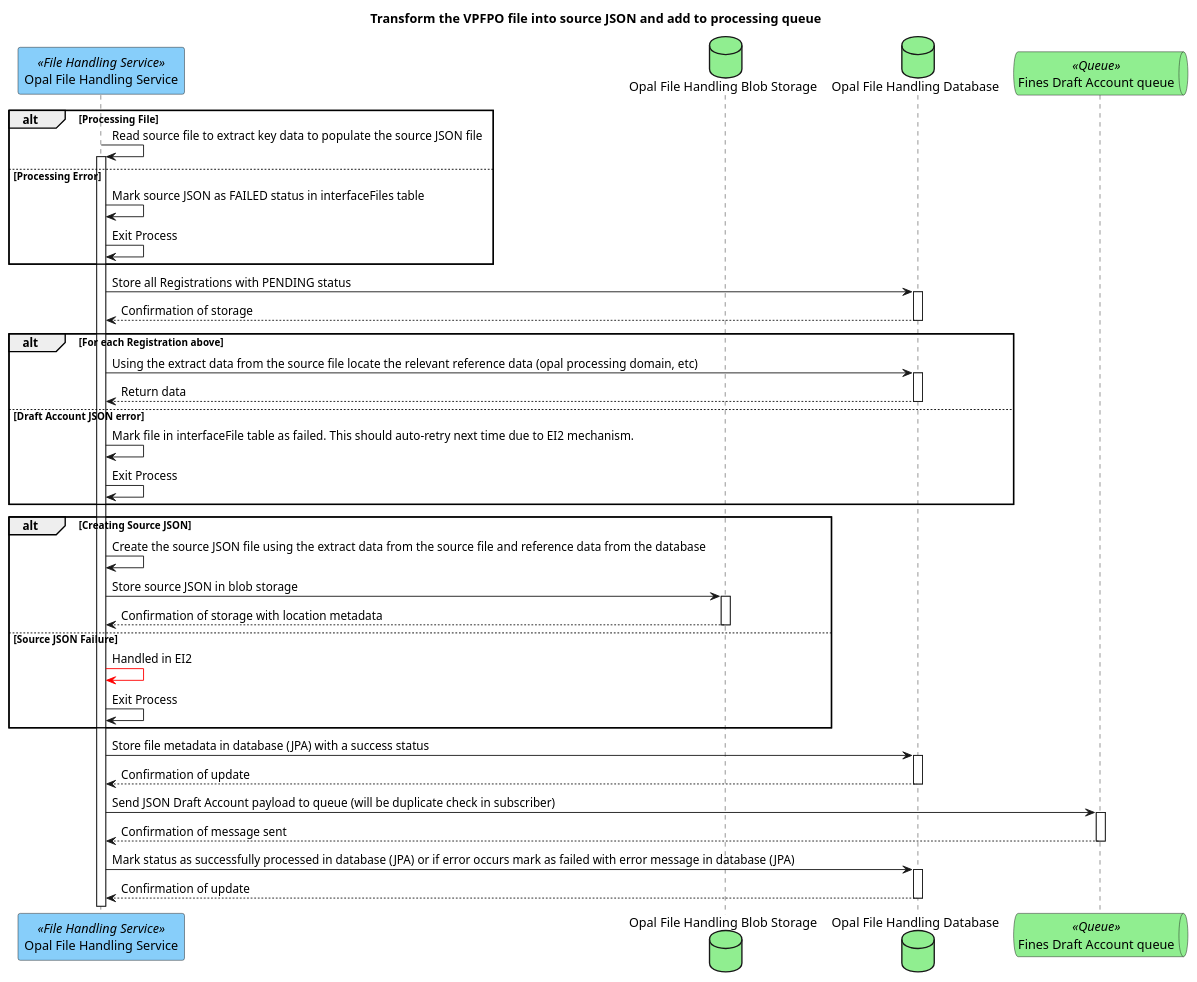
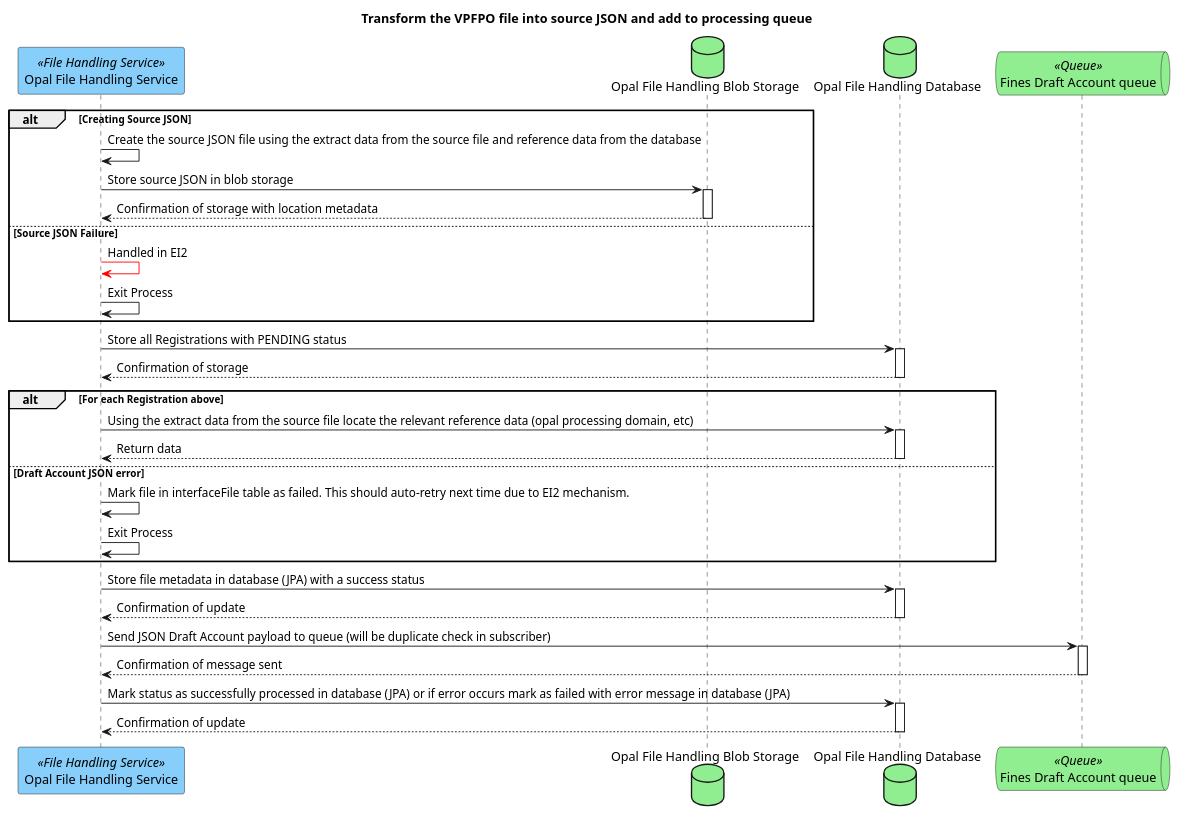
Before and after one commit to hmcts/opal-docs: the diagram in plantUML/external-interfaces/vpfpo-process-source-json.puml, drawn with PlantUML.

Commit message:
Removing duplicate SOURCE_JSON processing

```diff
--- a/plantUML/external-interfaces/vpfpo-process-source-json.puml
+++ b/plantUML/external-interfaces/vpfpo-process-source-json.puml
@@ -1,44 +1,37 @@
 @startuml
 title Transform the VPFPO file into source JSON and add to processing queue
 
 participant "Opal File Handling Service" as fileHandlingService <<File Handling Service>> #LightSkyBlue
 database "Opal File Handling Blob Storage" as fileHandlingBlobStorage #LightGreen
 database "Opal File Handling Database" as fileHandlingDb #LightGreen
 queue "Fines Draft Account queue" as finesDraftAccountQueue <<Queue>> #lightgreen
 
-alt Processing File
-    fileHandlingService -> fileHandlingService ++ : Read source file to extract key data to populate the source JSON file
-else Processing Error
-    fileHandlingService -> fileHandlingService : Mark source JSON as FAILED status in interfaceFiles table
+alt Creating Source JSON
+    fileHandlingService -> fileHandlingService : Create the source JSON file using the extract data from the source file and reference data from the database
+    fileHandlingService -> fileHandlingBlobStorage ++ : Store source JSON in blob storage
+    fileHandlingBlobStorage --> fileHandlingService -- : Confirmation of storage with location metadata
+else Source JSON Failure
+    fileHandlingService[#red]-> fileHandlingService : Handled in EI2
     fileHandlingService -> fileHandlingService : Exit Process
 end
 fileHandlingService -> fileHandlingDb ++ : Store all Registrations with PENDING status
 fileHandlingDb --> fileHandlingService -- : Confirmation of storage
 
 alt For each Registration above
     fileHandlingService -> fileHandlingDb ++ : Using the extract data from the source file locate the relevant reference data (opal processing domain, etc)
     fileHandlingDb --> fileHandlingService -- : Return data
 else Draft Account JSON error
     fileHandlingService -> fileHandlingService : Mark file in interfaceFile table as failed. This should auto-retry next time due to EI2 mechanism.
     fileHandlingService -> fileHandlingService : Exit Process
 end
 
-alt Creating Source JSON
-    fileHandlingService -> fileHandlingService : Create the source JSON file using the extract data from the source file and reference data from the database
-    fileHandlingService -> fileHandlingBlobStorage ++ : Store source JSON in blob storage
-    fileHandlingBlobStorage --> fileHandlingService -- : Confirmation of storage with location metadata
-else Source JSON Failure
-    fileHandlingService[#red]-> fileHandlingService : Handled in EI2
-    fileHandlingService -> fileHandlingService : Exit Process
-end
-
 fileHandlingService -> fileHandlingDb ++ : Store file metadata in database (JPA) with a success status
 fileHandlingDb --> fileHandlingService -- : Confirmation of update
 
 fileHandlingService -> finesDraftAccountQueue ++ : Send JSON Draft Account payload to queue (will be duplicate check in subscriber)
 finesDraftAccountQueue --> fileHandlingService -- : Confirmation of message sent
 
 fileHandlingService -> fileHandlingDb ++ : Mark status as successfully processed in database (JPA) or if error occurs mark as failed with error message in database (JPA)
 fileHandlingDb --> fileHandlingService -- : Confirmation of update
 
 @enduml
```
